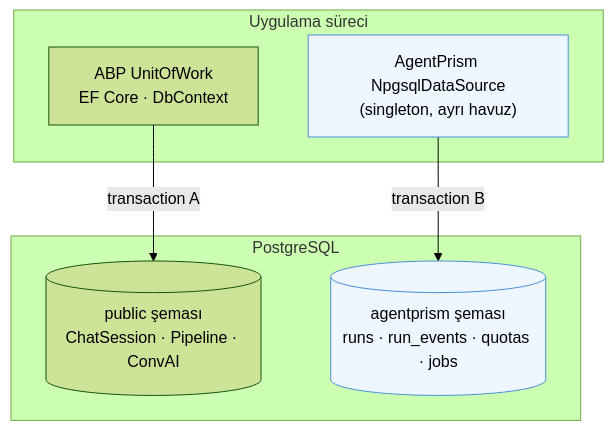
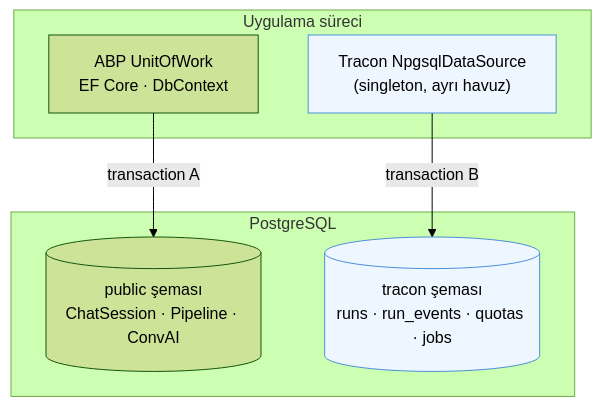
Before and after one commit to farukatasoy/Tracon: the fourth of 6 diagrams in docs/arsiv/kesif/2026-08-21-uygulanabilirlik-raporu.md, drawn with Mermaid (forest theme). The commit also changed other lines of this file and 4535 other files, not shown here.

````diff
--- a/docs/arsiv/kesif/2026-08-21-uygulanabilirlik-raporu.md
+++ b/docs/arsiv/kesif/2026-08-21-uygulanabilirlik-raporu.md
@@ -364,18 +364,18 @@
 ```mermaid
 graph TB
     subgraph app["Uygulama süreci"]
         UOW["ABP UnitOfWork<br/>EF Core · DbContext"]
-        APDS["AgentPrism NpgsqlDataSource<br/>(singleton, ayrı havuz)"]
+        APDS["Tracon NpgsqlDataSource<br/>(singleton, ayrı havuz)"]
     end
 
     subgraph db["PostgreSQL"]
         PUB[("public şeması<br/>ChatSession · Pipeline · ConvAI")]
-        APS[("agentprism şeması<br/>runs · run_events · quotas · jobs")]
+        APS[("tracon şeması<br/>runs · run_events · quotas · jobs")]
     end
 
     UOW -->|"transaction A"| PUB
     APDS -->|"transaction B"| APS
 
     style APDS fill:#eef6ff,stroke:#4a90d9
     style APS fill:#eef6ff,stroke:#4a90d9
 ```
````
